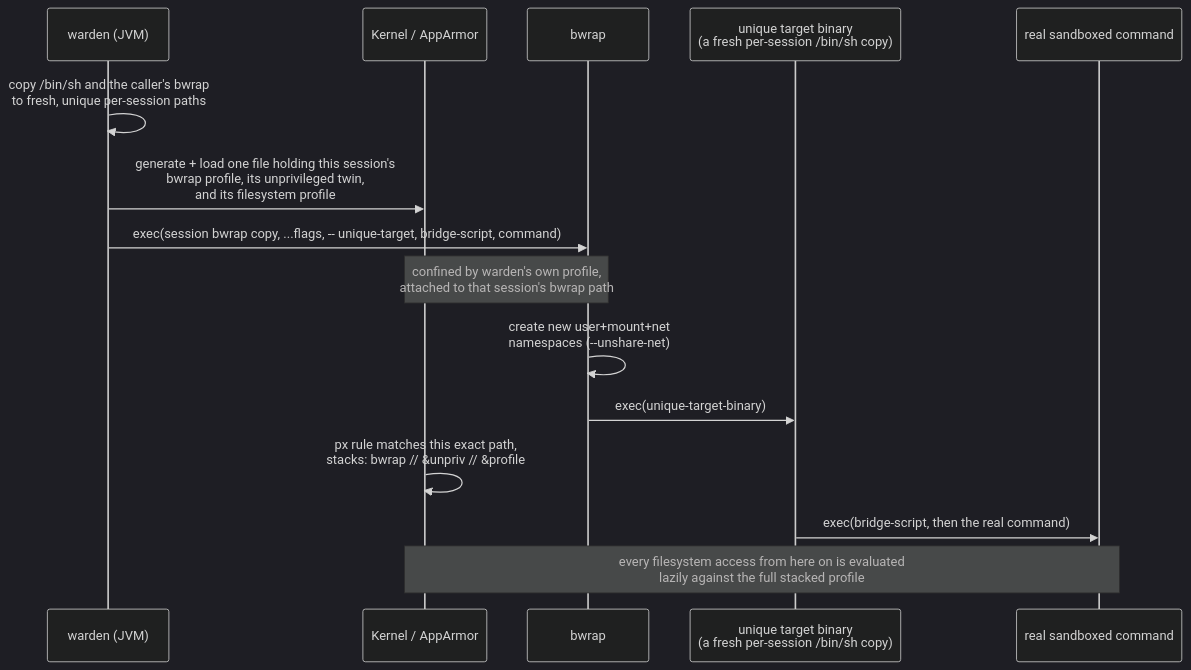
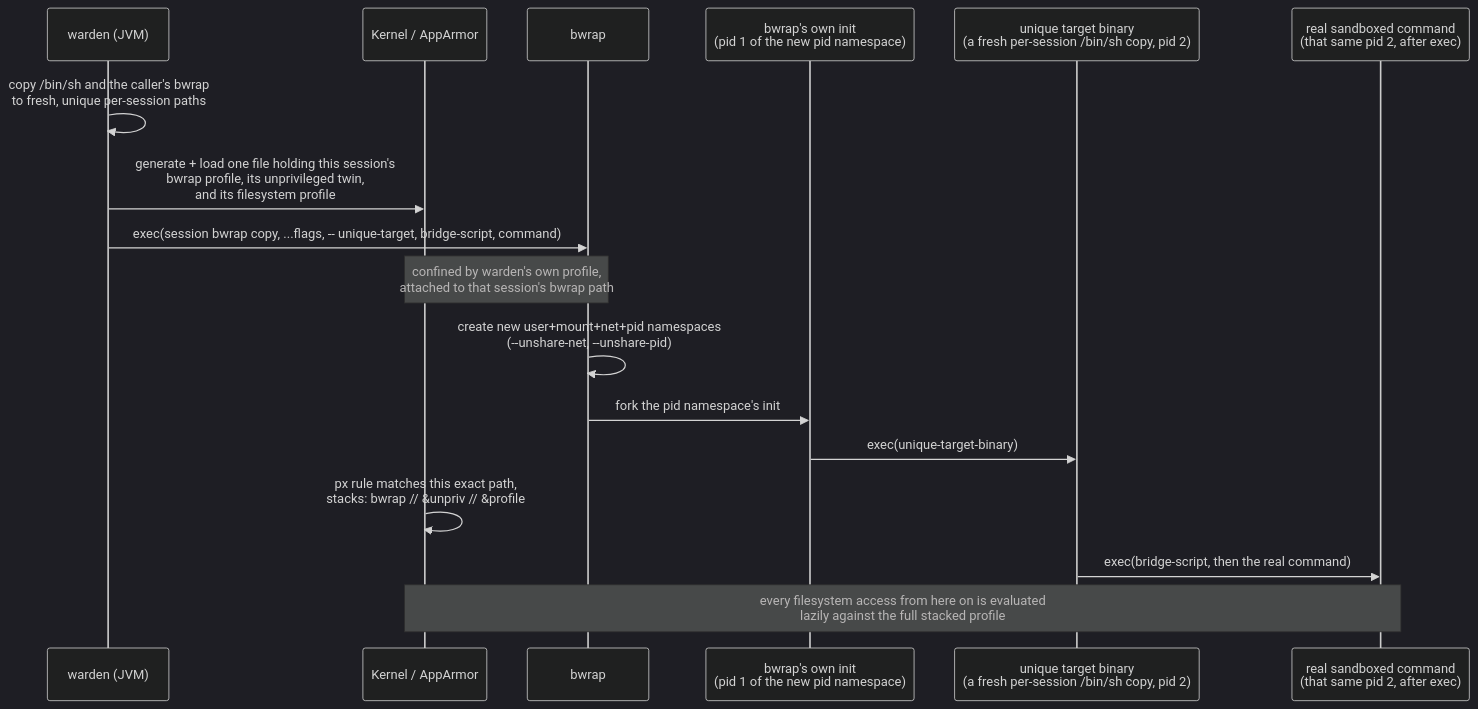
Before and after one commit to m-romanowski/warden: the first of 2 diagrams in README.md, drawn with Mermaid (dark theme). The commit also changed other lines of this file and 8 other files, not shown here.

````diff
--- a/README.md
+++ b/README.md
@@ -78,18 +78,20 @@
 ```mermaid
 sequenceDiagram
     participant Caller as warden (JVM)
     participant Kernel as Kernel / AppArmor
     participant Bwrap as bwrap
-    participant Target as unique target binary<br/>(a fresh per-session /bin/sh copy)
-    participant Sandboxed as real sandboxed command
+    participant Init as bwrap's own init<br/>(pid 1 of the new pid namespace)
+    participant Target as unique target binary<br/>(a fresh per-session /bin/sh copy, pid 2)
+    participant Sandboxed as real sandboxed command<br/>(that same pid 2, after exec)
 
     Caller->>Caller: copy /bin/sh and the caller's bwrap<br/>to fresh, unique per-session paths
     Caller->>Kernel: generate + load one file holding this session's<br/>bwrap profile, its unprivileged twin,<br/>and its filesystem profile
     Caller->>Bwrap: exec(session bwrap copy, ...flags, -- unique-target, bridge-script, command)
     Note over Bwrap,Kernel: confined by warden's own profile,<br/>attached to that session's bwrap path
-    Bwrap->>Bwrap: create new user+mount+net<br/>namespaces (--unshare-net)
-    Bwrap->>Target: exec(unique-target-binary)
+    Bwrap->>Bwrap: create new user+mount+net+pid namespaces<br/>(--unshare-net, --unshare-pid)
+    Bwrap->>Init: fork the pid namespace's init
+    Init->>Target: exec(unique-target-binary)
     Kernel->>Kernel: px rule matches this exact path,<br/>stacks: bwrap // &unpriv // &profile
     Target->>Sandboxed: exec(bridge-script, then the real command)
     Note over Sandboxed,Kernel: every filesystem access from here on is evaluated<br/>lazily against the full stacked profile
 ```
````
